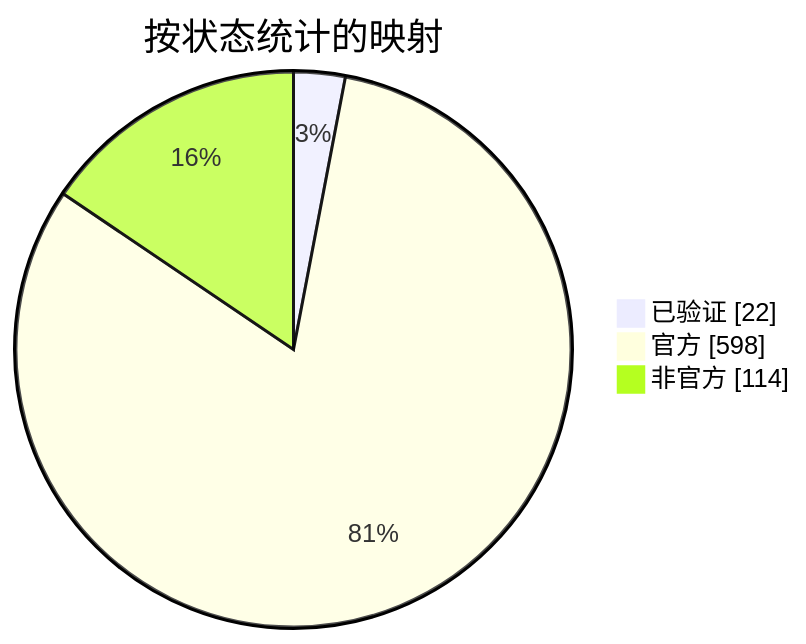
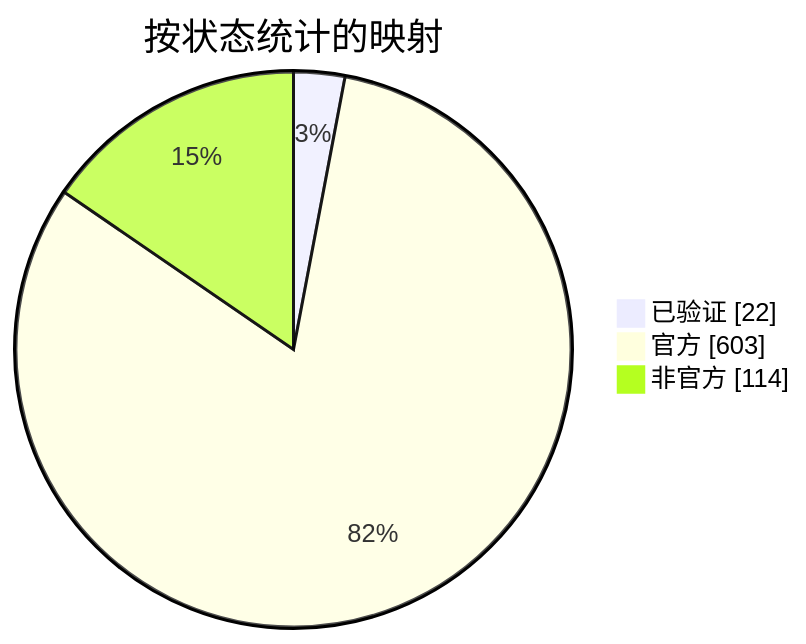
One commit to nobrega8/mbmap-library changed the diagram in docs/readme/README_ZHS.md. Above: the diagram before and after it, drawn with Mermaid. The commit also changed 10 other files, not shown here.

````diff
--- a/docs/readme/README_ZHS.md
+++ b/docs/readme/README_ZHS.md
@@ -54,7 +54,7 @@
 ```mermaid
 pie showData
     title 按状态统计的映射
     "已验证" : 22
-    "官方" : 598
+    "官方" : 603
     "非官方" : 114
 ```
````
